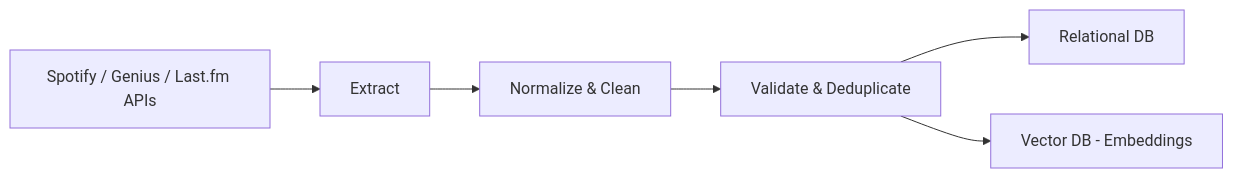
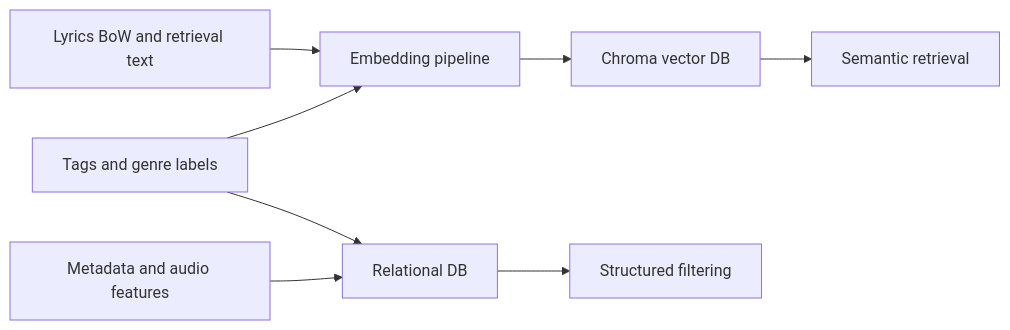
The third of 4 diagrams in README.md (EchoAgent-team/EchoAgent), drawn with Mermaid before and after one commit. The commit also changed other lines of this file, not shown here.

````diff
--- a/README.md
+++ b/README.md
@@ -60,9 +73,10 @@
 ```mermaid
 flowchart LR
-    A[Spotify / Genius / Last.fm APIs] --> B[Extract]
-    B --> C[Normalize & Clean]
-    C --> D[Validate & Deduplicate]
-    D --> E[Relational DB]
-    D --> F[Vector DB - Embeddings]
-
+    A[Metadata and audio features] --> B[Relational DB]
+    C[Tags and genre labels] --> B
+    D[Lyrics BoW and retrieval text] --> E[Embedding pipeline]
+    C --> E
+    E --> F[Chroma vector DB]
+    B --> G[Structured filtering]
+    F --> H[Semantic retrieval]
 ```
````
